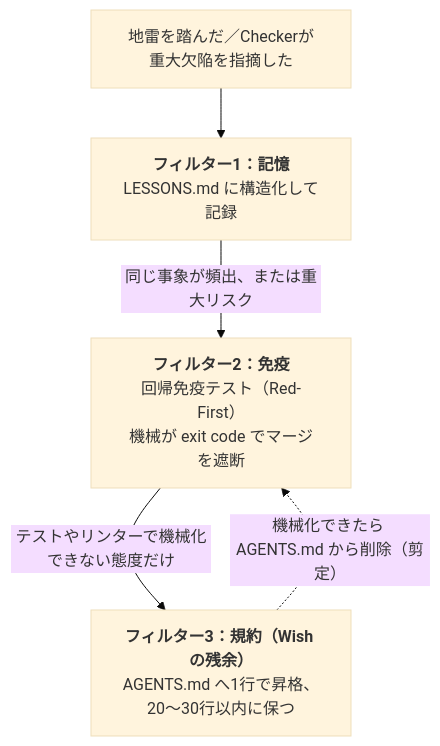
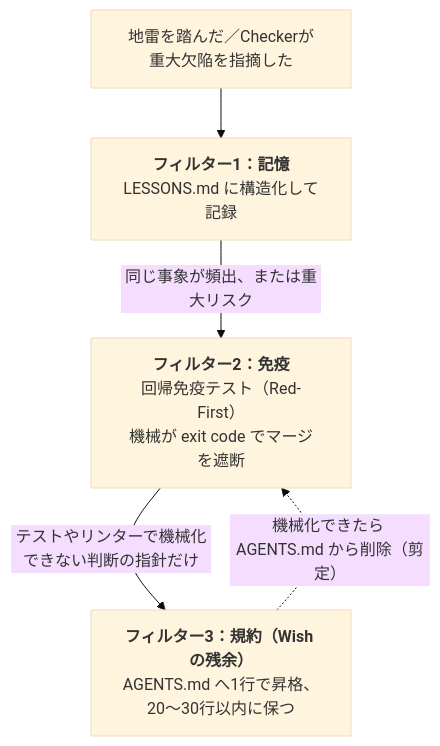
The sixth of 7 diagrams in docs/paper.md (hamatz/agent-harness-kit), drawn with Mermaid (base theme) before and after one commit. The commit also changed other lines of this file and 1 other file, not shown here.

Commit message:
意味の通りにくい箇所の修正

````diff
--- a/docs/paper.md
+++ b/docs/paper.md
@@ -389,10 +389,10 @@
 ```mermaid
 flowchart TB
   T["地雷を踏んだ／Checkerが重大欠陥を指摘した"] --> F1
   F1["<b>フィルター1：記憶</b><br/>LESSONS.md に構造化して記録"]
   F1 -->|"同じ事象が頻出、または重大リスク"| F2
   F2["<b>フィルター2：免疫</b><br/>回帰免疫テスト（Red-First）<br/>機械が exit code でマージを遮断"]
-  F2 -->|"テストやリンターで機械化できない態度だけ"| F3
+  F2 -->|"テストやリンターで機械化できない判断の指針だけ"| F3
   F3["<b>フィルター3：規約（Wish の残余）</b><br/>AGENTS.md へ1行で昇格、20〜30行以内に保つ"]
   F3 -.->|"機械化できたら AGENTS.md から削除（剪定）"| F2
 ```
````
